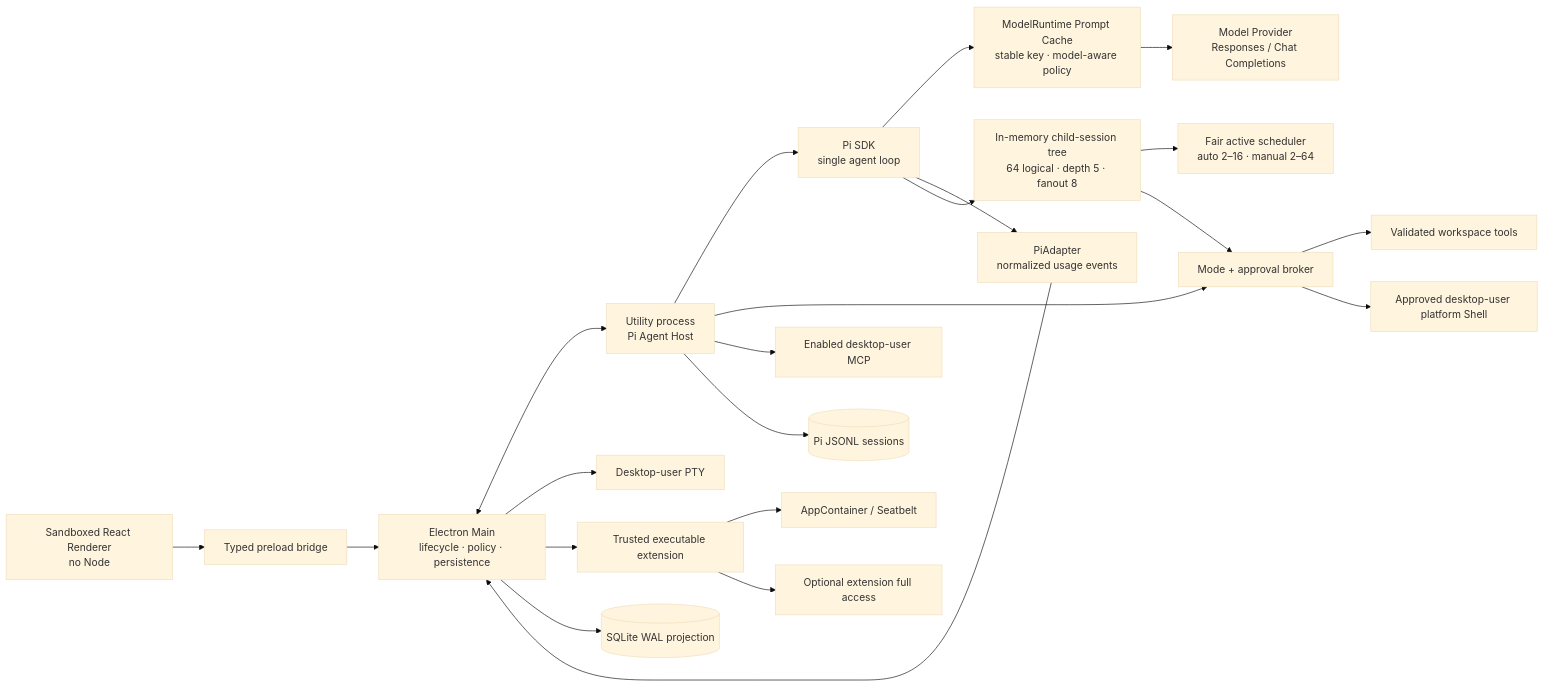
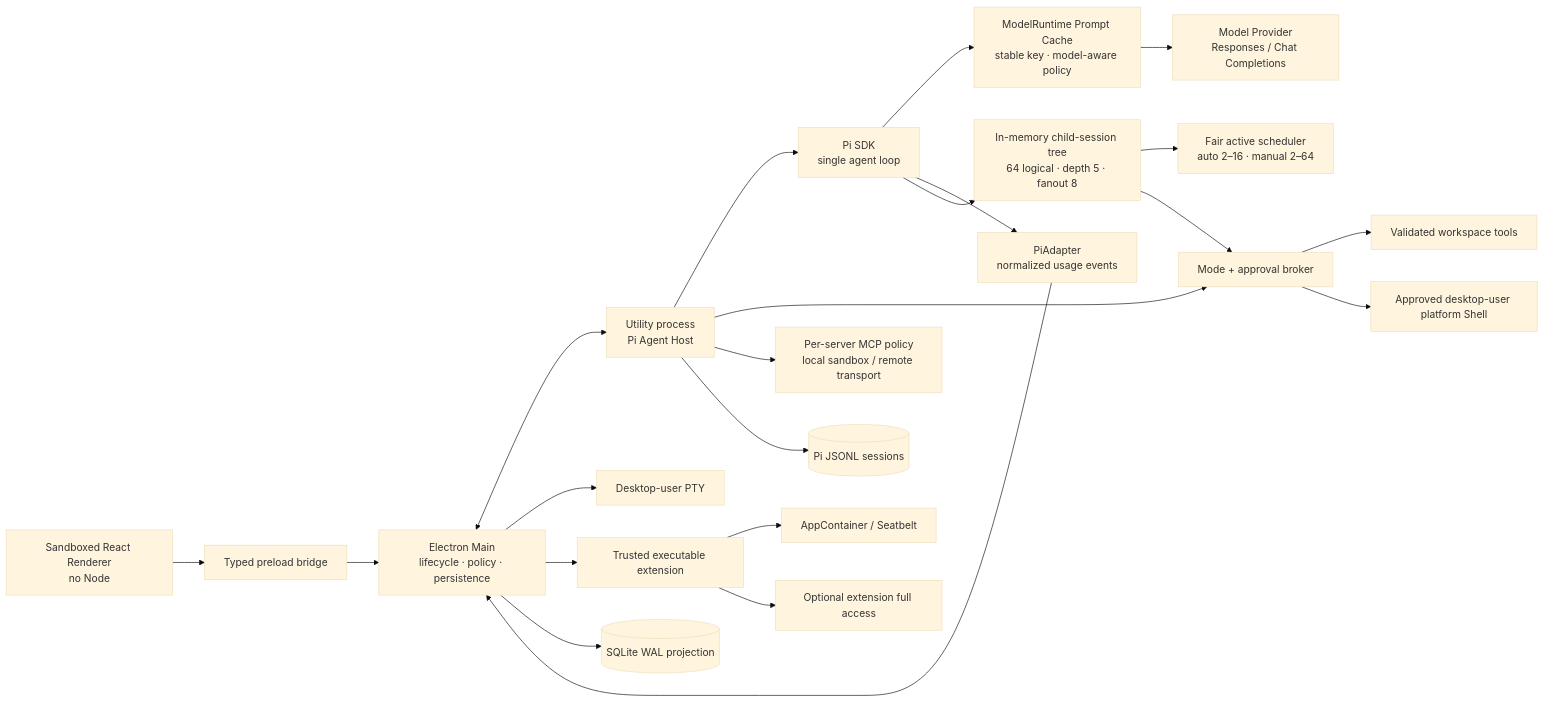
One commit to EurekaRaider/Artemis changed the diagram in docs/architecture.md. Above: the diagram before and after it, drawn with Mermaid (base theme). The commit also changed other lines of this file and 203 other files, not shown here.

````diff
--- a/docs/architecture.md
+++ b/docs/architecture.md
@@ -5,24 +5,24 @@
 ```mermaid
 flowchart LR
   R["Sandboxed React Renderer<br/>no Node"] --> P["Typed preload bridge"]
   P --> M["Electron Main<br/>lifecycle · policy · persistence"]
   M <--> A["Utility process<br/>Pi Agent Host"]
   A --> PI["Pi SDK<br/>single agent loop"]
   PI --> PC["ModelRuntime Prompt Cache<br/>stable key · model-aware policy"]
   PC --> MP["Model Provider<br/>Responses / Chat Completions"]
   PI --> PA["PiAdapter<br/>normalized usage events"]
   PA --> M
   PI --> C["In-memory child-session tree<br/>64 logical · depth 5 · fanout 8"]
   C --> Q["Fair active scheduler<br/>auto 2–16 · manual 2–64"]
   A --> B["Mode + approval broker"]
   C --> B
   B --> W["Validated workspace tools"]
   B --> H["Approved desktop-user platform Shell"]
-  A --> X["Enabled desktop-user MCP"]
+  A --> X["Per-server MCP policy<br/>local sandbox / remote transport"]
   M --> T["Desktop-user PTY"]
   M --> E["Trusted executable extension"]
   E --> S["AppContainer / Seatbelt"]
   E --> F["Optional extension full access"]
   M --> D[("SQLite WAL projection")]
   A --> J[("Pi JSONL sessions")]
 ```
````
